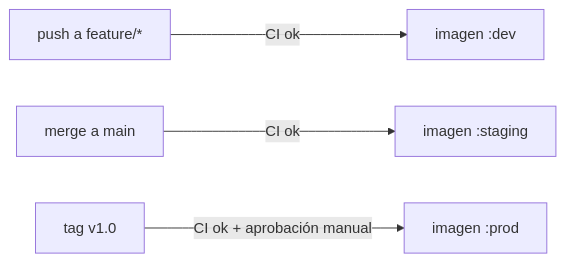
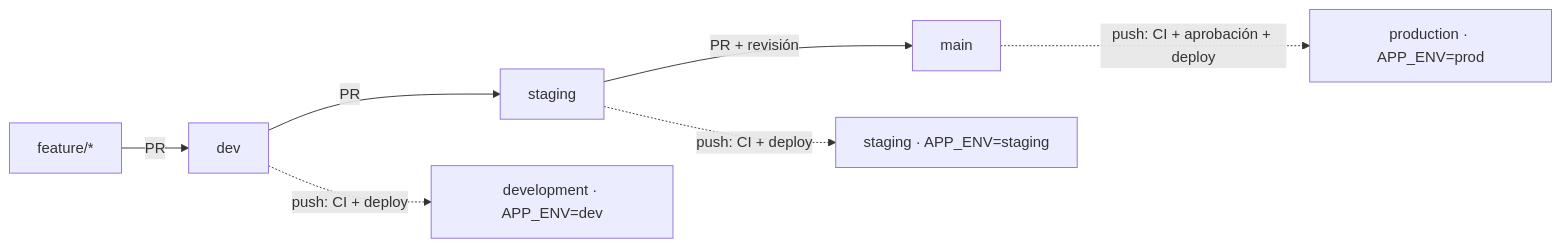
The second of 2 diagrams in README.md (mattposs/ingSoftware2026), drawn with Mermaid before and after one commit. The commit also changed other lines of this file and 3 other files, not shown here.

First line of the commit message:
Deploy por ramas: dev -> development, staging -> staging, main -> production

````diff
--- a/README.md
+++ b/README.md
@@ -239,6 +239,9 @@
 ```mermaid
 flowchart LR
-    A[push a feature/*] -->|CI ok| D[imagen :dev]
-    B[merge a main] -->|CI ok| S[imagen :staging]
-    C[tag v1.0] -->|CI ok + aprobación manual| P[imagen :prod]
+    F[feature/*] -->|PR| D[dev]
+    D -->|PR| S[staging]
+    S -->|PR + revisión| M[main]
+    D -.->|push: CI + deploy| DE[development · APP_ENV=dev]
+    S -.->|push: CI + deploy| SE[staging · APP_ENV=staging]
+    M -.->|push: CI + aprobación + deploy| PE[production · APP_ENV=prod]
 ```
````
